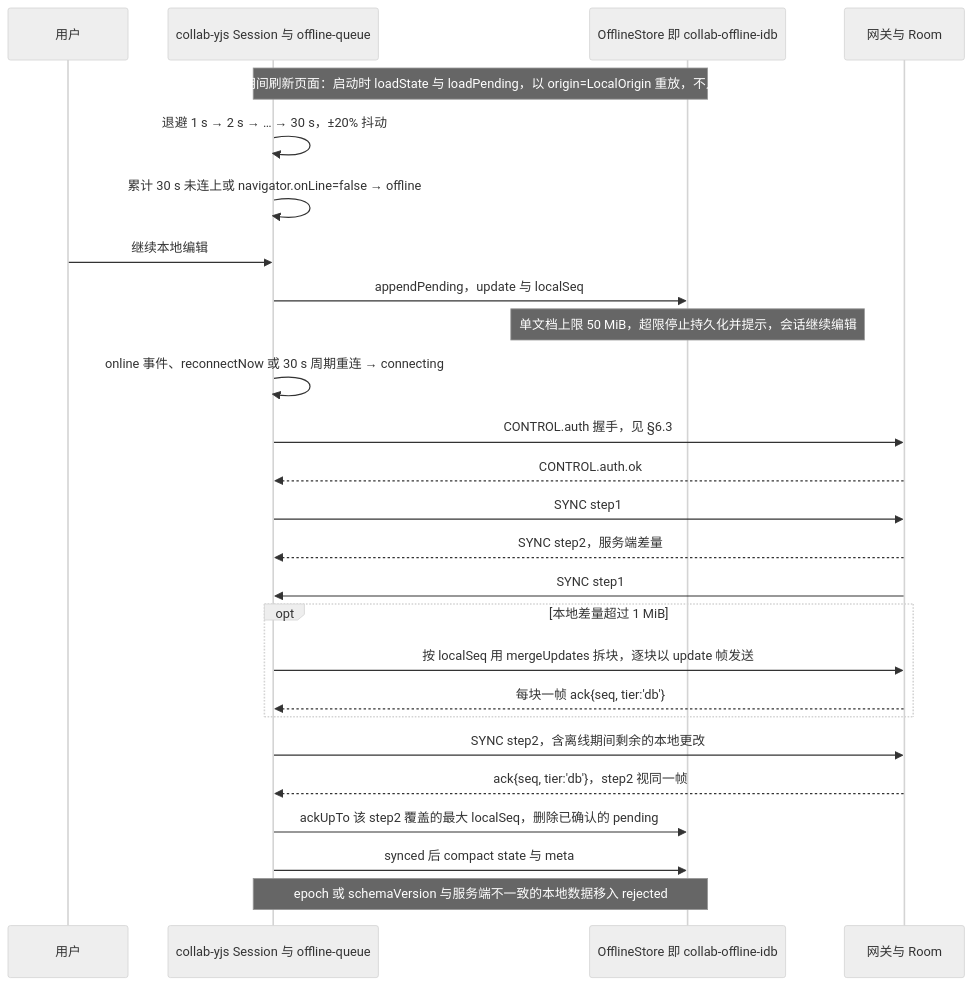
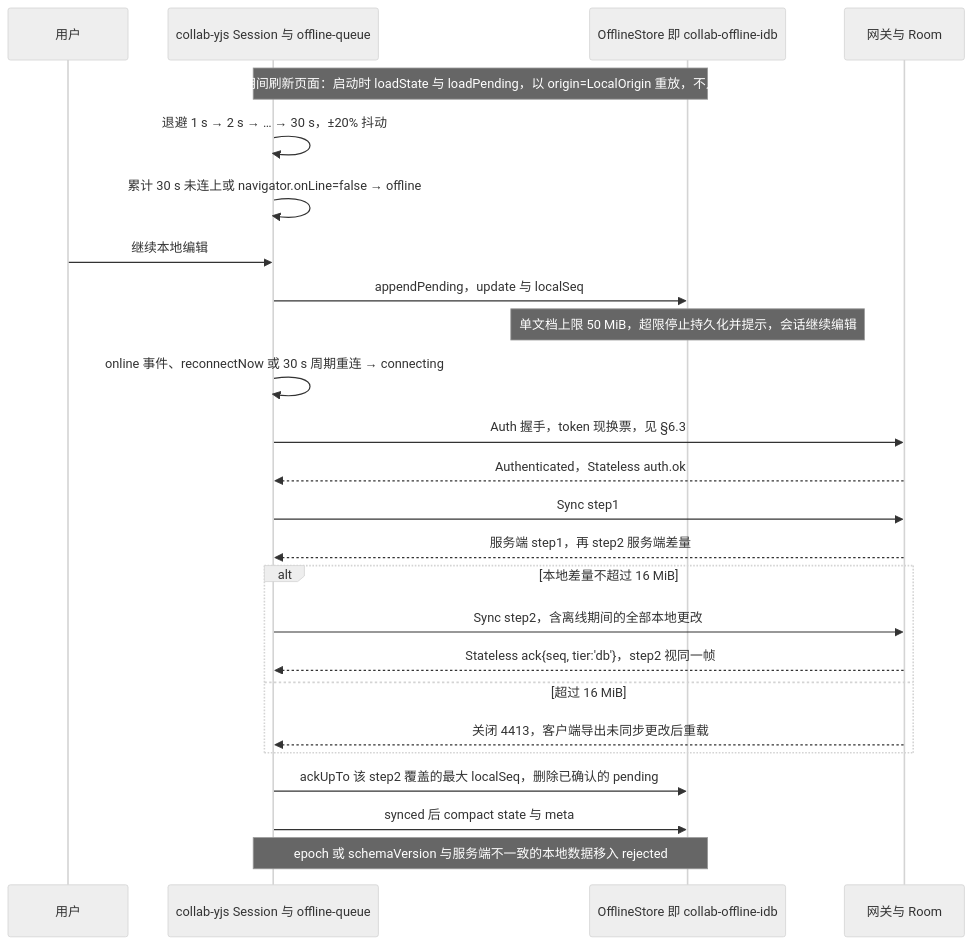
One commit to Xeonice/cordis-ppt-editor changed diagram 14 of 15 in docs/30-architecture/06-collaboration.md. Above: the diagram before and after it, drawn with Mermaid (neutral theme). The commit also changed other lines of this file and 78 other files, not shown here.

````diff
--- a/docs/30-architecture/06-collaboration.md
+++ b/docs/30-architecture/06-collaboration.md
@@ -958,28 +986,27 @@
 ```mermaid
 sequenceDiagram
   participant U as 用户
   participant CY as collab-yjs Session 与 offline-queue
   participant OS as OfflineStore 即 collab-offline-idb
   participant G as 网关与 Room
   Note over CY,OS: 若离线期间刷新页面：启动时 loadState 与 loadPending，以 origin=LocalOrigin 重放，不入撤销栈
   CY->>CY: 退避 1 s → 2 s → … → 30 s，±20% 抖动
   CY->>CY: 累计 30 s 未连上或 navigator.onLine=false → offline
   U->>CY: 继续本地编辑
   CY->>OS: appendPending，update 与 localSeq
   Note over OS: 单文档上限 50 MiB，超限停止持久化并提示，会话继续编辑
   CY->>CY: online 事件、reconnectNow 或 30 s 周期重连 → connecting
-  CY->>G: CONTROL.auth 握手，见 §6.3
-  G-->>CY: CONTROL.auth.ok
-  CY->>G: SYNC step1
-  G-->>CY: SYNC step2，服务端差量
-  G->>CY: SYNC step1
-  opt 本地差量超过 1 MiB
-    CY->>G: 按 localSeq 用 mergeUpdates 拆块，逐块以 update 帧发送
-    G-->>CY: 每块一帧 ack{seq, tier:'db'}
+  CY->>G: Auth 握手，token 现换票，见 §6.3
+  G-->>CY: Authenticated，Stateless auth.ok
+  CY->>G: Sync step1
+  G-->>CY: 服务端 step1，再 step2 服务端差量
+  alt 本地差量不超过 16 MiB
+    CY->>G: Sync step2，含离线期间的全部本地更改
+    G-->>CY: Stateless ack{seq, tier:'db'}，step2 视同一帧
+  else 超过 16 MiB
+    G-->>CY: 关闭 4413，客户端导出未同步更改后重载
   end
-  CY->>G: SYNC step2，含离线期间剩余的本地更改
-  G-->>CY: ack{seq, tier:'db'}，step2 视同一帧
   CY->>OS: ackUpTo 该 step2 覆盖的最大 localSeq，删除已确认的 pending
   CY->>OS: synced 后 compact state 与 meta
   Note over CY,OS: epoch 或 schemaVersion 与服务端不一致的本地数据移入 rejected
 ```
````
